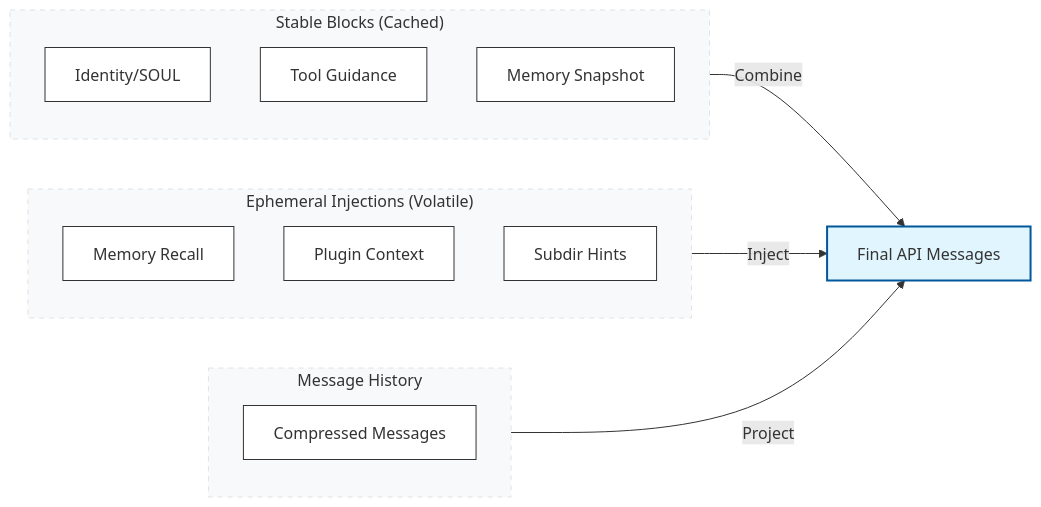
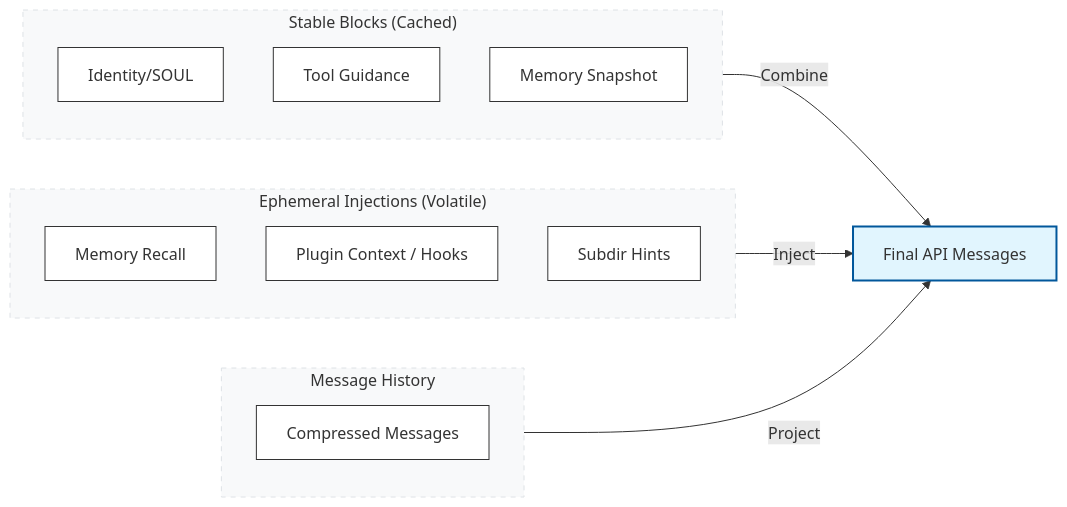
The sixth of 9 diagrams in hermes-architecture-02-state-and-context.md (feuyeux/hello-hermes), drawn with Mermaid before and after one commit. The commit also changed other lines of this file and 4 other files, not shown here.

First line of the commit message:
docs: update architecture documents with detailed analysis

````diff
--- a/hermes-architecture-02-state-and-context.md
+++ b/hermes-architecture-02-state-and-context.md
@@ -224,30 +233,30 @@
 ```mermaid
 flowchart LR
     subgraph Stable["Stable Blocks (Cached)"]
         ID[Identity/SOUL]
         ToolG[Tool Guidance]
         MemSnap[Memory Snapshot]
     end
 
     subgraph Ephemeral["Ephemeral Injections (Volatile)"]
         Rec[Memory Recall]
-        Plugin[Plugin Context]
+        Plugin[Plugin Context / Hooks]
         Hints[Subdir Hints]
     end
 
     subgraph History["Message History"]
         Messages[Compressed Messages]
     end
 
     Stable -->|Combine| Final[Final API Messages]
     Ephemeral -->|Inject| Final
     History -->|Project| Final
 
     %% 统一配色样式
     classDef default fill:#fff,stroke:#333,stroke-width:1px;
     classDef container fill:#f8f9fa,stroke:#dee2e6,stroke-dasharray: 5 5;
     classDef highlight fill:#e1f5fe,stroke:#01579b,stroke-width:2px;
 
     class Final highlight;
     class Stable,Ephemeral,History container;
 ```
````
